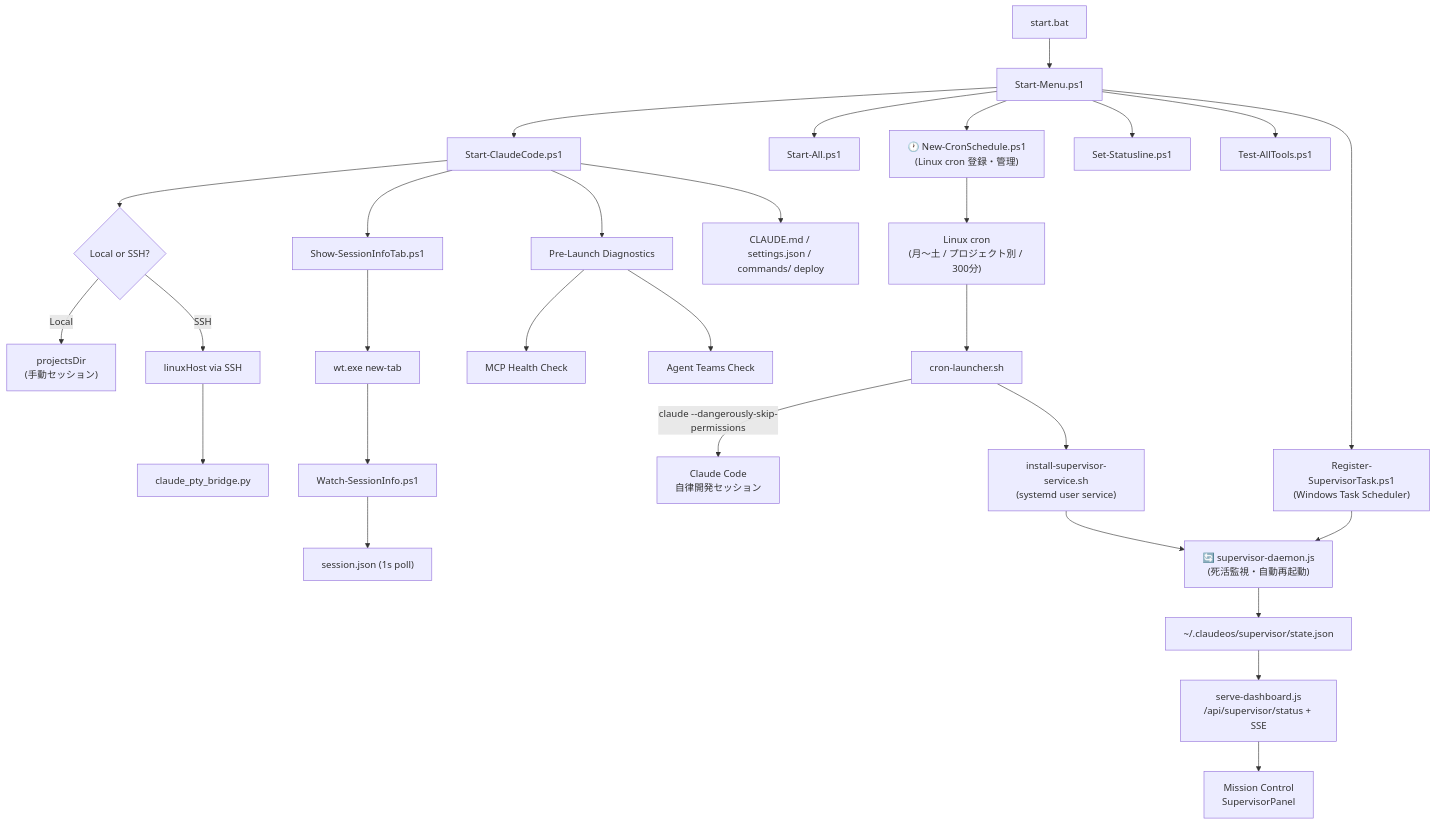
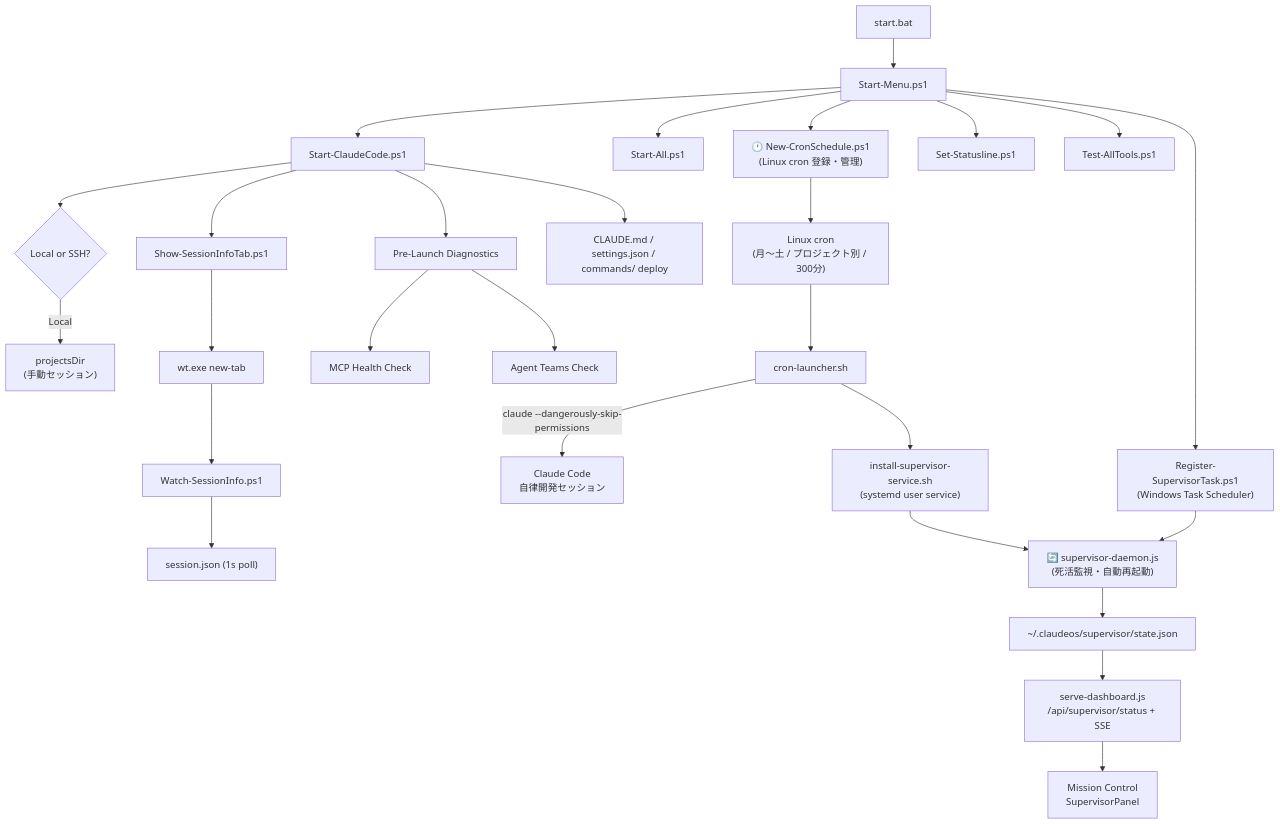
Before and after one commit to Kensan196948G/ClaudeCLI-CodexCLI-CopilotCLI-StartUpTools-New: the fifth of 8 diagrams in README.md, drawn with Mermaid. The commit also changed other lines of this file and 23 other files, not shown here.

First line of the commit message:
feat(phase3): SSH 名残 (linuxHost) を全ファイルから削除

````diff
--- a/README.md
+++ b/README.md
@@ -441,37 +441,34 @@
 ```mermaid
 graph TD
     A["start.bat"] --> B["Start-Menu.ps1"]
     B --> C["Start-ClaudeCode.ps1"]
     B --> F["Start-All.ps1"]
     B --> NCS["🕐 New-CronSchedule.ps1\n(Linux cron 登録・管理)"]
     B --> SSL["Set-Statusline.ps1"]
     B --> G["Test-AllTools.ps1"]
 
     CRON["Linux cron\n(月〜土 / プロジェクト別 / 300分)"] --> CL["cron-launcher.sh"]
     CL --> |"claude --dangerously-skip-permissions"| CLAUDE["Claude Code\n自律開発セッション"]
     NCS --> CRON
 
     C --> J{"Local or SSH?"}
     C --> SIT["Show-SessionInfoTab.ps1"]
     SIT --> WT["wt.exe new-tab"]
     WT --> WSI["Watch-SessionInfo.ps1"]
     WSI --> SJ["session.json (1s poll)"]
 
     J -->|Local| K["projectsDir\n(手動セッション)"]
-    J -->|SSH| L["linuxHost via SSH"]
-    L --> M["claude_pty_bridge.py"]
-
     C --> PLD["Pre-Launch Diagnostics"]
     PLD --> MCP_CHK["MCP Health Check"]
     PLD --> AT_CHK["Agent Teams Check"]
 
     C --> N["CLAUDE.md / settings.json / commands/ deploy"]
 
     SUP["🔄 supervisor-daemon.js\n(死活監視・自動再起動)"] --> SSTATE["~/.claudeos/supervisor/state.json"]
     SSTATE --> DASH["serve-dashboard.js\n/api/supervisor/status + SSE"]
     DASH --> MC["Mission Control\nSupervisorPanel"]
     B --> SUP_REG["Register-SupervisorTask.ps1\n(Windows Task Scheduler)"]
     CL --> SUP_SH["install-supervisor-service.sh\n(systemd user service)"]
     SUP_REG --> SUP
     SUP_SH --> SUP
 ```
````
